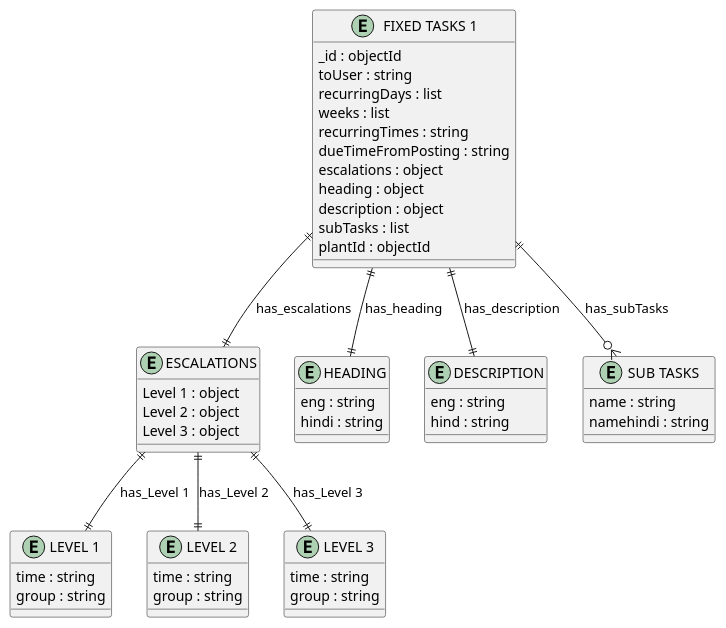
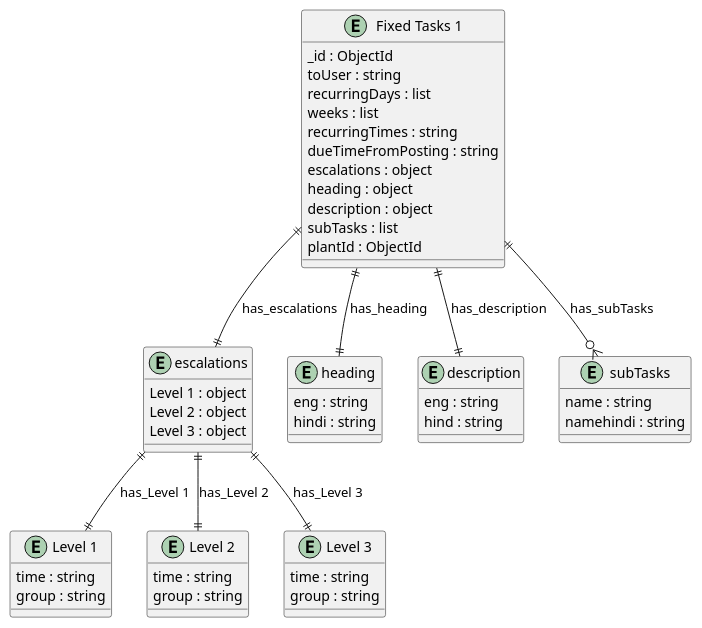
The diagram in erd_output/FIXED_TASKS_1.puml (DigitalPaani/DigitalPaani_ERD), drawn with PlantUML before and after one commit. The commit also changed 274 other files, not shown here.

Commit message:
fix: updated diagram and script

```diff
--- a/erd_output/FIXED_TASKS_1.puml
+++ b/erd_output/FIXED_TASKS_1.puml
@@ -1,61 +1,61 @@
-@startuml FIXED_TASKS_1_Diagram
+@startuml Fixed_Tasks_1_Diagram
 
-entity "FIXED TASKS 1" as FIXED_TASKS_1 {
-  _id : objectId
+entity "Fixed Tasks 1" as Fixed_Tasks_1 {
+  _id : ObjectId
   toUser : string
   recurringDays : list
   weeks : list
   recurringTimes : string
   dueTimeFromPosting : string
   escalations : object
   heading : object
   description : object
   subTasks : list
-  plantId : objectId
+  plantId : ObjectId
 }
 
-entity "ESCALATIONS" as ESCALATIONS {
+entity "escalations" as escalations {
   Level 1 : object
   Level 2 : object
   Level 3 : object
 }
 
-entity "LEVEL 1" as LEVEL_1 {
+entity "Level 1" as Level_1 {
   time : string
   group : string
 }
 
-entity "LEVEL 2" as LEVEL_2 {
+entity "Level 2" as Level_2 {
   time : string
   group : string
 }
 
-entity "LEVEL 3" as LEVEL_3 {
+entity "Level 3" as Level_3 {
   time : string
   group : string
 }
 
-entity "HEADING" as HEADING {
+entity "heading" as heading {
   eng : string
   hindi : string
 }
 
-entity "DESCRIPTION" as DESCRIPTION {
+entity "description" as description {
   eng : string
   hind : string
 }
 
-entity "SUB TASKS" as SUB_TASKS {
+entity "subTasks" as subTasks {
   name : string
   namehindi : string
 }
 
 ' // Relationships
-FIXED_TASKS_1 ||--|| ESCALATIONS : has_escalations
-ESCALATIONS ||--|| LEVEL_1 : has_Level 1
-ESCALATIONS ||--|| LEVEL_2 : has_Level 2
-ESCALATIONS ||--|| LEVEL_3 : has_Level 3
-FIXED_TASKS_1 ||--|| HEADING : has_heading
-FIXED_TASKS_1 ||--|| DESCRIPTION : has_description
-FIXED_TASKS_1 ||--o{ SUB_TASKS : has_subTasks
+Fixed_Tasks_1 ||--|| escalations : has_escalations
+escalations ||--|| Level_1 : has_Level 1
+escalations ||--|| Level_2 : has_Level 2
+escalations ||--|| Level_3 : has_Level 3
+Fixed_Tasks_1 ||--|| heading : has_heading
+Fixed_Tasks_1 ||--|| description : has_description
+Fixed_Tasks_1 ||--o{ subTasks : has_subTasks
 @enduml
```
